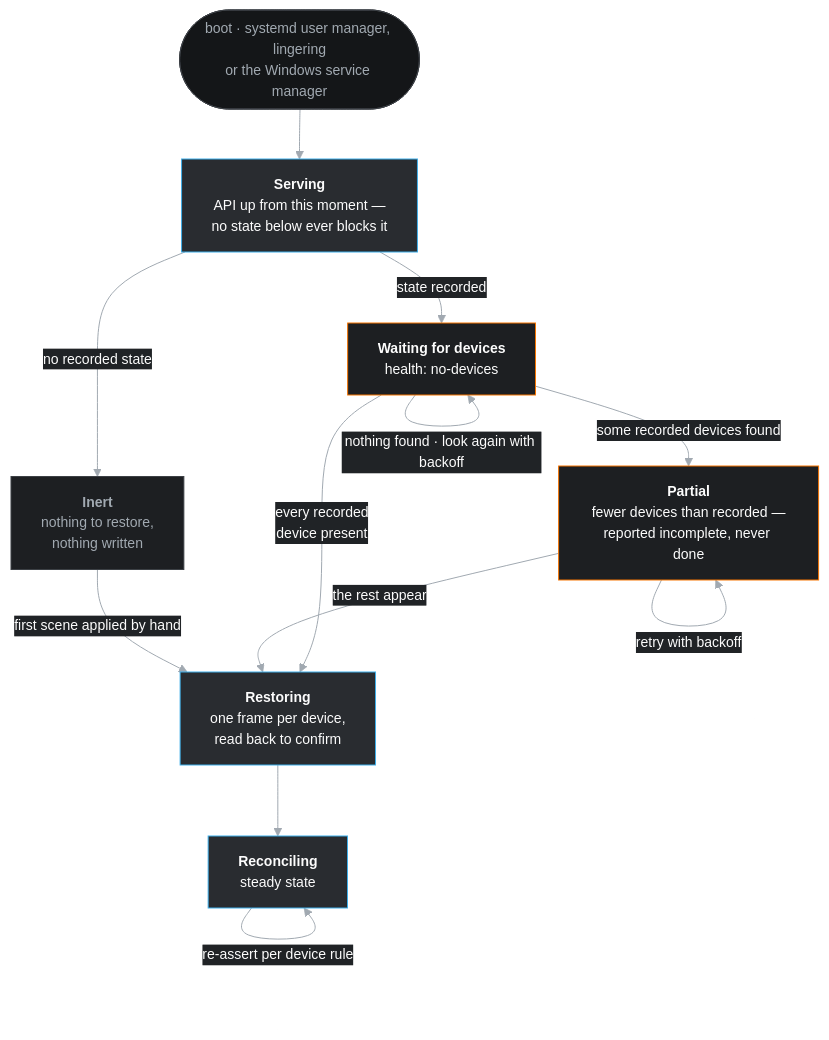
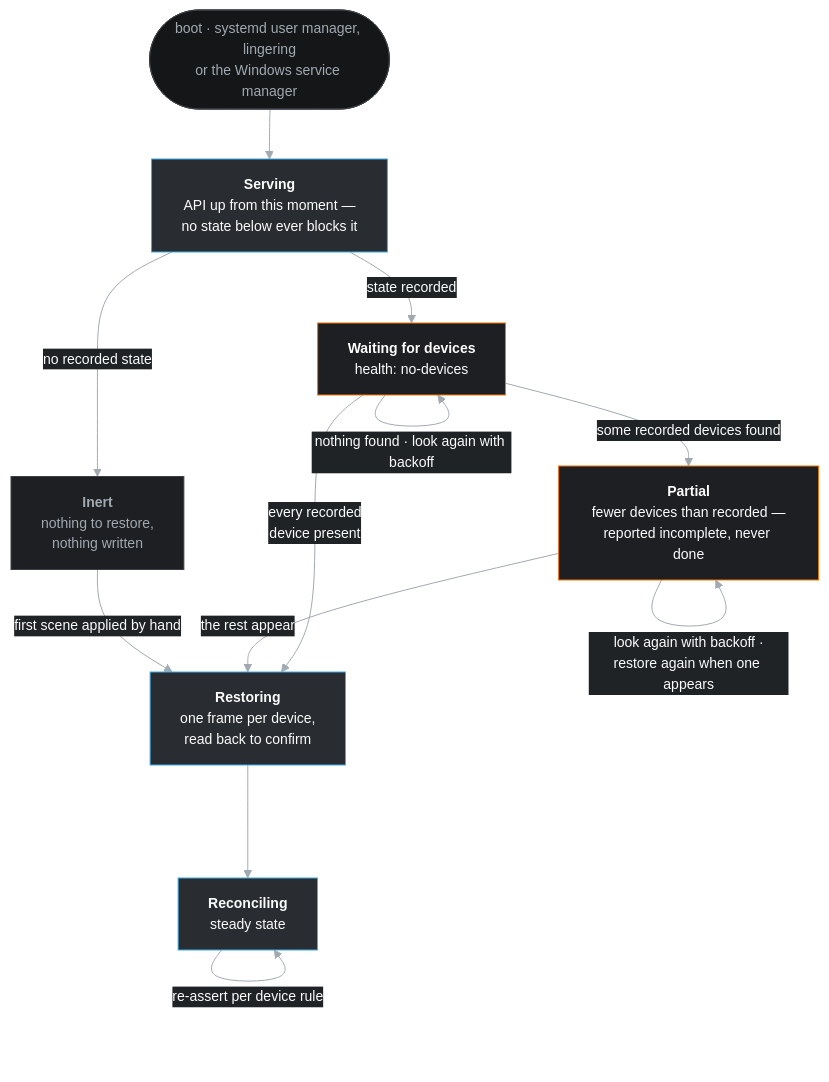
One commit to ushineko/hotaru changed the second of 3 diagrams in docs/architecture.md. Above: the diagram before and after it, drawn with Mermaid. The commit also changed other lines of this file and 10 other files, not shown here.

````diff
--- a/docs/architecture.md
+++ b/docs/architecture.md
@@ -119,41 +119,41 @@
 ```mermaid
 %%{init: {"theme":"base","themeVariables":{
   "background":"#202326",
   "primaryColor":"#292c30","primaryTextColor":"#fcfcfc","primaryBorderColor":"#3c4045",
   "secondaryColor":"#1d1f22","tertiaryColor":"#141618",
   "lineColor":"#a1a9b1","textColor":"#fcfcfc","titleColor":"#fcfcfc",
   "clusterBkg":"#141618","clusterBorder":"#3c4045",
   "edgeLabelBackground":"#202326","nodeTextColor":"#fcfcfc",
   "fontFamily":"Noto Sans, Segoe UI, sans-serif","fontSize":"14px"
 }}}%%
 flowchart TB
     BOOT(["boot · systemd user manager, lingering<br/>or the Windows service manager"]) --> SERVE
 
     SERVE["<b>Serving</b><br/>API up from this moment —<br/>no state below ever blocks it"]
     SERVE -->|"no recorded state"| INERT["<b>Inert</b><br/>nothing to restore,<br/>nothing written"]
     SERVE -->|"state recorded"| WAIT
 
     WAIT["<b>Waiting for devices</b><br/>health: no-devices"]
     WAIT -->|"nothing found · look again with backoff"| WAIT
     WAIT -->|"some recorded devices found"| PART
     WAIT -->|"every recorded<br/>device present"| REST
 
     PART["<b>Partial</b><br/>fewer devices than recorded —<br/>reported incomplete, never done"]
-    PART -->|"retry with backoff"| PART
+    PART -->|"look again with backoff ·<br/>restore again when one appears"| PART
     PART -->|"the rest appear"| REST
 
     REST["<b>Restoring</b><br/>one frame per device,<br/>read back to confirm"] --> STEADY
 
     STEADY["<b>Reconciling</b><br/>steady state"]
     STEADY -->|"re-assert per device rule"| STEADY
     INERT -->|"first scene applied by hand"| REST
 
     classDef ok fill:#292c30,stroke:#3daee9,color:#fcfcfc
     classDef wait fill:#1d1f22,stroke:#f67400,color:#fcfcfc
     classDef idle fill:#1d1f22,stroke:#3c4045,color:#a1a9b1
     classDef entry fill:#141618,stroke:#3c4045,color:#a1a9b1
     class SERVE,REST,STEADY ok
     class WAIT,PART wait
     class INERT idle
     class BOOT entry
 ```
````
